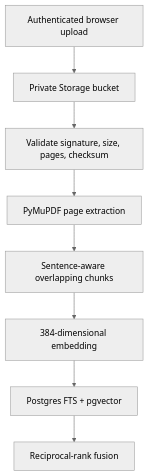
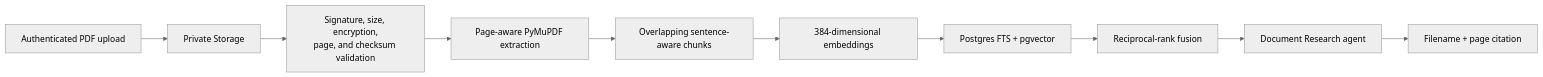
Before and after one commit to Huzaifa-170504/evidencepilot-ai: the second of 2 diagrams in FINAL_DOCUMENTATION.md, drawn with Mermaid (neutral theme). The commit also changed other lines of this file and 12 other files, not shown here.

````diff
--- a/FINAL_DOCUMENTATION.md
+++ b/FINAL_DOCUMENTATION.md
@@ -61,10 +186,12 @@
 ```mermaid
-flowchart TD
-    A["Authenticated browser upload"] --> B["Private Storage bucket"]
-    B --> C["Validate signature, size, pages, checksum"]
-    C --> D["PyMuPDF page extraction"]
-    D --> E["Sentence-aware overlapping chunks"]
-    E --> F["384-dimensional embedding"]
-    F --> G["Postgres FTS + pgvector"]
-    G --> H["Reciprocal-rank fusion"]
+flowchart LR
+    U["Authenticated PDF upload"] --> S["Private Storage"]
+    S --> V["Signature, size, encryption,<br/>page, and checksum validation"]
+    V --> P["Page-aware PyMuPDF extraction"]
+    P --> C["Overlapping sentence-aware chunks"]
+    C --> E["384-dimensional embeddings"]
+    E --> H["Postgres FTS + pgvector"]
+    H --> R["Reciprocal-rank fusion"]
+    R --> A["Document Research agent"]
+    A --> Q["Filename + page citation"]
 ```
````
